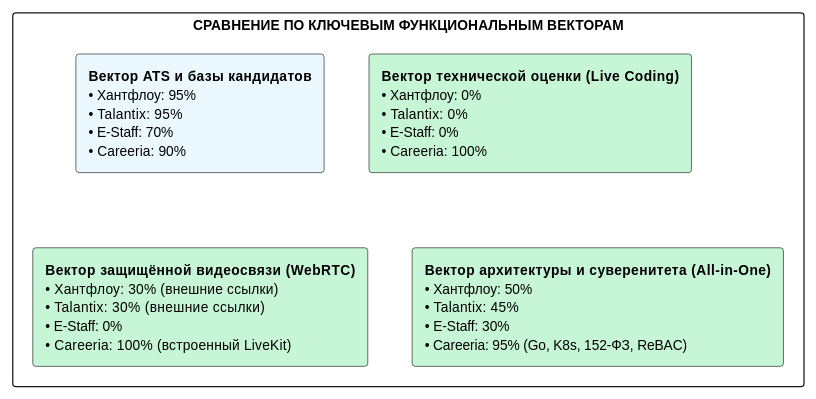
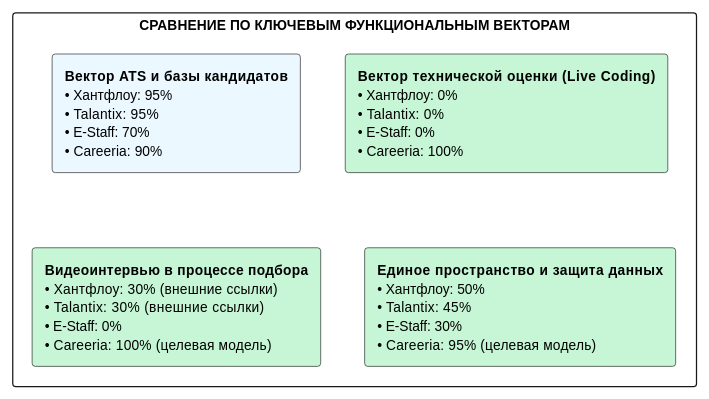
One commit to krackl1n/careeria changed the fifth of 5 diagrams in docs/project/01-general/05-analogs-analysis.md. Above: the diagram before and after it, drawn with PlantUML. The commit also changed other lines of this file and 37 other files, not shown here.

````diff
--- a/docs/project/01-general/05-analogs-analysis.md
+++ b/docs/project/01-general/05-analogs-analysis.md
@@ -347,16 +349,16 @@
 ```plantuml
 @startuml
 skinparam rectangle {
   RoundCorner 5
   FontName Arial
   FontSize 11
 }
 
 rectangle "СРАВНЕНИЕ ПО КЛЮЧЕВЫМ ФУНКЦИОНАЛЬНЫМ ВЕКТОРАМ" as CompVectors {
   rectangle "**Вектор ATS и базы кандидатов**\n• Хантфлоу: 95%\n• Talantix: 95%\n• E-Staff: 70%\n• Careeria: 90%" as V1 #EBF8FF
   rectangle "**Вектор технической оценки (Live Coding)**\n• Хантфлоу: 0%\n• Talantix: 0%\n• E-Staff: 0%\n• Careeria: 100%" as V2 #C6F6D5
-  rectangle "**Вектор защищённой видеосвязи (WebRTC)**\n• Хантфлоу: 30% (внешние ссылки)\n• Talantix: 30% (внешние ссылки)\n• E-Staff: 0%\n• Careeria: 100% (встроенный LiveKit)" as V3 #C6F6D5
-  rectangle "**Вектор архитектуры и суверенитета (All-in-One)**\n• Хантфлоу: 50%\n• Talantix: 45%\n• E-Staff: 30%\n• Careeria: 95% (Go, K8s, 152-ФЗ, ReBAC)" as V4 #C6F6D5
+  rectangle "**Видеоинтервью в процессе подбора**\n• Хантфлоу: 30% (внешние ссылки)\n• Talantix: 30% (внешние ссылки)\n• E-Staff: 0%\n• Careeria: 100% (целевая модель)" as V3 #C6F6D5
+  rectangle "**Единое пространство и защита данных**\n• Хантфлоу: 50%\n• Talantix: 45%\n• E-Staff: 30%\n• Careeria: 95% (целевая модель)" as V4 #C6F6D5
 }
 @enduml
 ```
````
